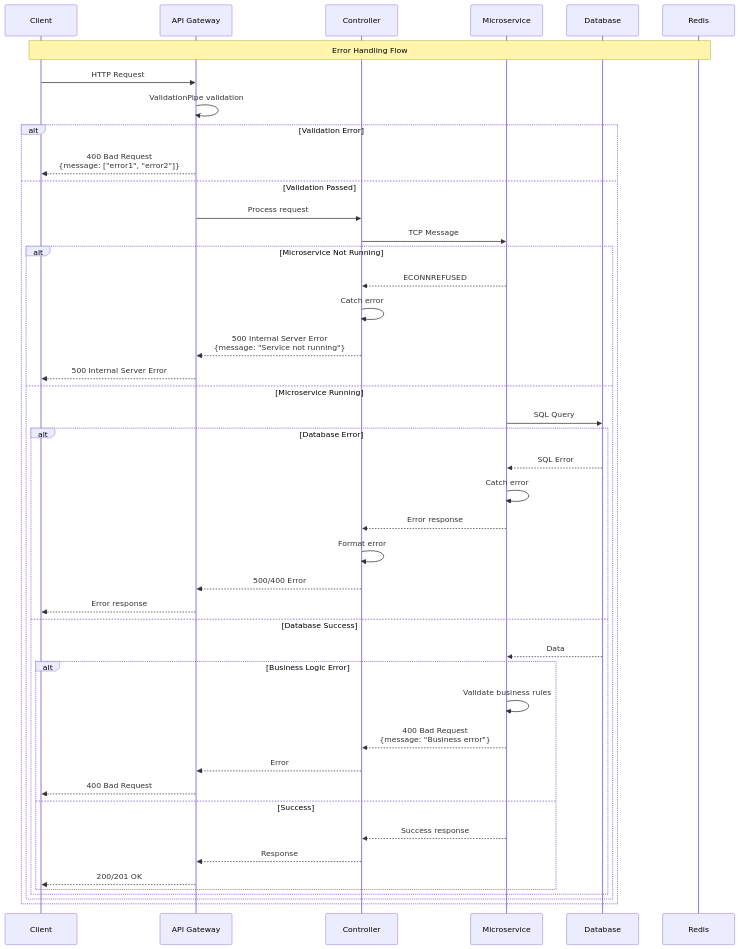
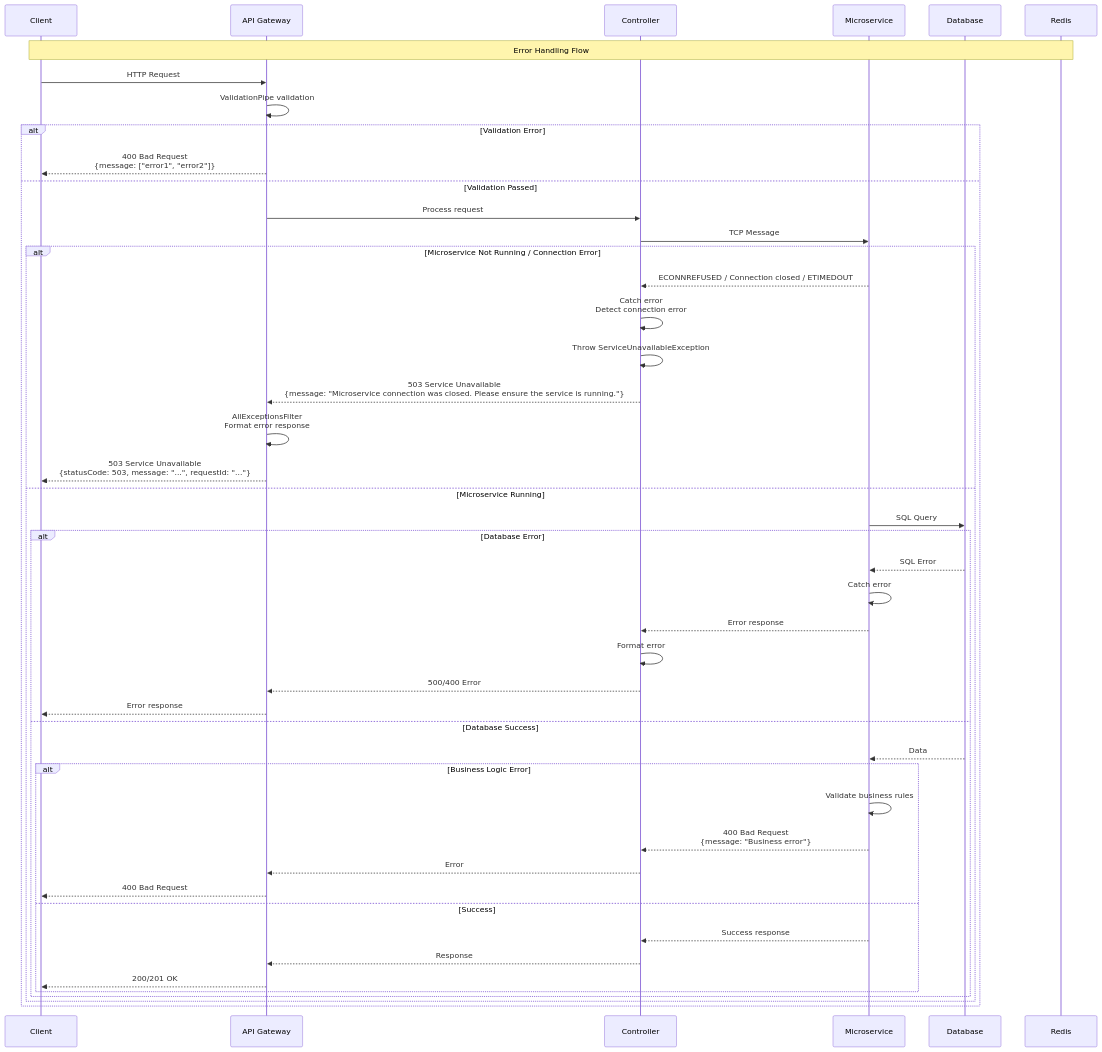
The fifth of 6 diagrams in docs/api/API_SEQUENCE_DIAGRAMS.md (Wanderlust-Air-Travel/be-flight-booking), drawn with Mermaid before and after one commit. The commit also changed 2 other files, not shown here.

Commit message:
fix: enhance error handling in API documentation; standardize response format for 503 Service Unavailable errors, update error handling in SearchController and PaymentController, and improve troubleshooting guidance for microservice connection issues

````diff
--- a/docs/api/API_SEQUENCE_DIAGRAMS.md
+++ b/docs/api/API_SEQUENCE_DIAGRAMS.md
@@ -493,48 +493,50 @@
 ```mermaid
 sequenceDiagram
     participant Client
     participant API Gateway
     participant Controller
     participant Microservice
     participant Database
     participant Redis
 
     Note over Client,Redis: Error Handling Flow
 
     Client->>API Gateway: HTTP Request
     API Gateway->>API Gateway: ValidationPipe validation
     alt Validation Error
         API Gateway-->>Client: 400 Bad Request<br/>{message: ["error1", "error2"]}
     else Validation Passed
         API Gateway->>Controller: Process request
         Controller->>Microservice: TCP Message
-        alt Microservice Not Running
-            Microservice-->>Controller: ECONNREFUSED
-            Controller->>Controller: Catch error
-            Controller-->>API Gateway: 500 Internal Server Error<br/>{message: "Service not running"}
-            API Gateway-->>Client: 500 Internal Server Error
+        alt Microservice Not Running / Connection Error
+            Microservice-->>Controller: ECONNREFUSED / Connection closed / ETIMEDOUT
+            Controller->>Controller: Catch error<br/>Detect connection error
+            Controller->>Controller: Throw ServiceUnavailableException
+            Controller-->>API Gateway: 503 Service Unavailable<br/>{message: "Microservice connection was closed. Please ensure the service is running."}
+            API Gateway->>API Gateway: AllExceptionsFilter<br/>Format error response
+            API Gateway-->>Client: 503 Service Unavailable<br/>{statusCode: 503, message: "...", requestId: "..."}
         else Microservice Running
             Microservice->>Database: SQL Query
             alt Database Error
                 Database-->>Microservice: SQL Error
                 Microservice->>Microservice: Catch error
                 Microservice-->>Controller: Error response
                 Controller->>Controller: Format error
                 Controller-->>API Gateway: 500/400 Error
                 API Gateway-->>Client: Error response
             else Database Success
                 Database-->>Microservice: Data
                 alt Business Logic Error
                     Microservice->>Microservice: Validate business rules
                     Microservice-->>Controller: 400 Bad Request<br/>{message: "Business error"}
                     Controller-->>API Gateway: Error
                     API Gateway-->>Client: 400 Bad Request
                 else Success
                     Microservice-->>Controller: Success response
                     Controller-->>API Gateway: Response
                     API Gateway-->>Client: 200/201 OK
                 end
             end
         end
     end
 ```
````
